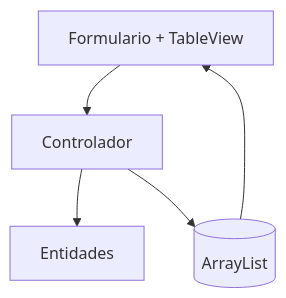
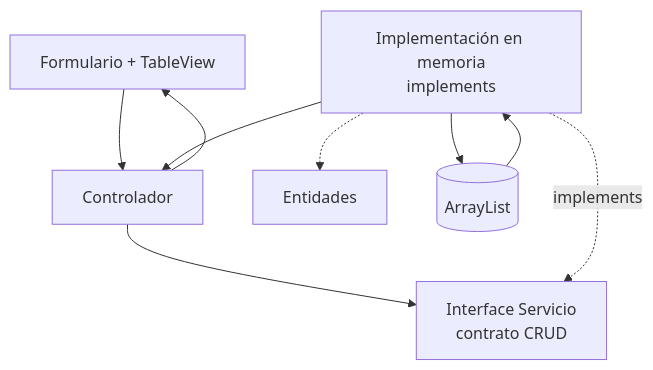
Before and after one commit to 262poo/comarket: the diagram in docs/S08_CRUD_GUI_Memoria.md, drawn with Mermaid. The commit also changed other lines of this file and 6 other files, not shown here.

````diff
--- a/docs/S08_CRUD_GUI_Memoria.md
+++ b/docs/S08_CRUD_GUI_Memoria.md
@@ -49,12 +51,18 @@
 ```mermaid
 flowchart TB
     Vista["Formulario + TableView"]
     Controlador["Controlador"]
+    Contrato["Interface Servicio<br/>contrato CRUD"]
+    Servicio["Implementación en memoria<br/>implements"]
     Entidades["Entidades"]
     Memoria[("ArrayList")]
 
     Vista --> Controlador
-    Controlador --> Entidades
-    Controlador --> Memoria
-    Memoria --> Vista
+    Controlador --> Contrato
+    Servicio -. implements .-> Contrato
+    Servicio -.-> Entidades
+    Servicio --> Memoria
+    Memoria --> Servicio
+    Servicio --> Controlador
+    Controlador --> Vista
 ```
````
